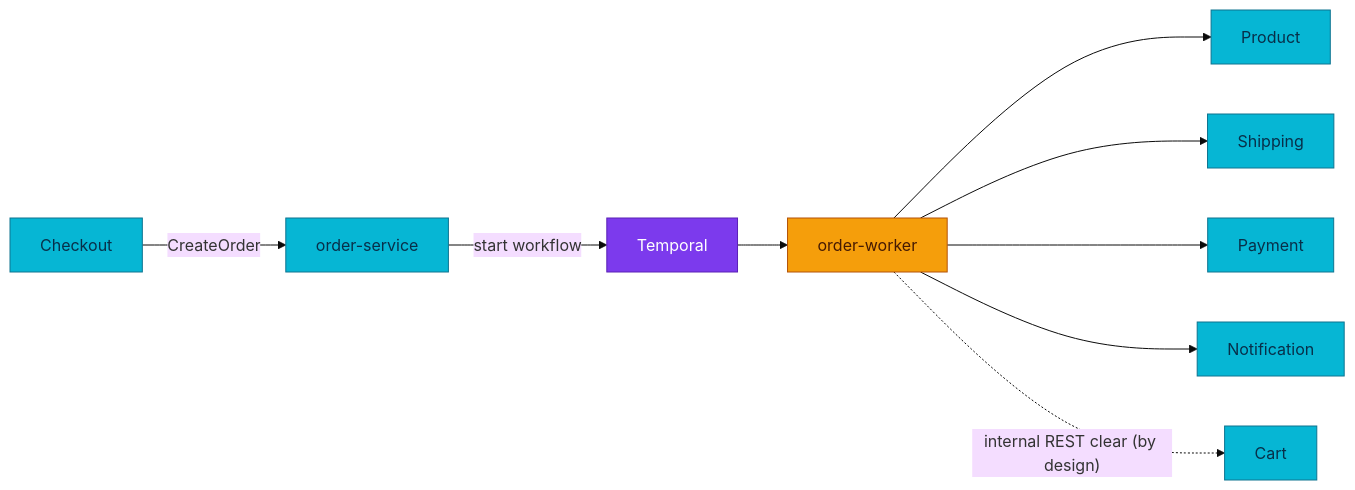
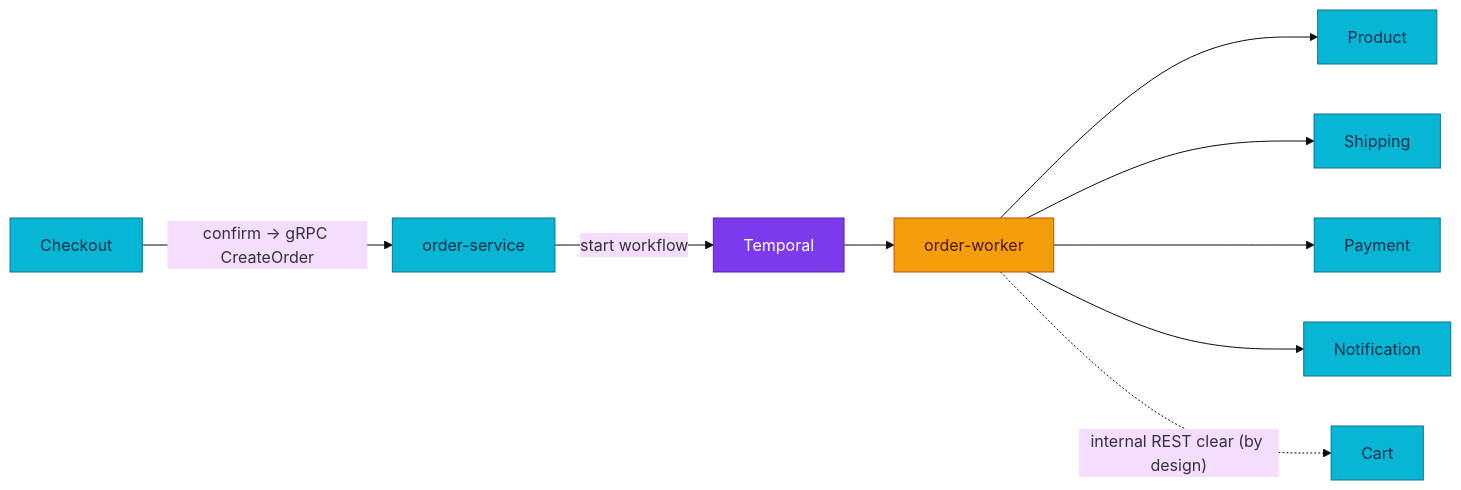
The first of 14 diagrams in docs/api/temporal-order-fulfillment.md (duynhlab/homelab), drawn with Mermaid (base theme) before and after one commit. The commit also changed other lines of this file and 26 other files, not shown here.

````diff
--- a/docs/api/temporal-order-fulfillment.md
+++ b/docs/api/temporal-order-fulfillment.md
@@ -33,18 +33,18 @@
 ```mermaid
 flowchart LR
-    Checkout -->|"CreateOrder"| Order["order-service"]
+    Checkout -->|"confirm → gRPC CreateOrder"| Order["order-service"]
     Order -->|"start workflow"| Temporal
     Temporal --> Worker["order-worker"]
     Worker --> Product
     Worker --> Shipping
     Worker --> Payment
     Worker --> Notification
     Worker -.->|"internal REST clear (by design)"| Cart
 
     classDef service fill:#06b6d4,color:#082f49,stroke:#0e7490;
     classDef worker fill:#f59e0b,color:#451a03,stroke:#b45309;
     classDef platform fill:#7c3aed,color:#fff,stroke:#5b21b6;
     class Checkout,Order,Product,Shipping,Payment,Notification,Cart service;
     class Worker worker;
     class Temporal platform;
 ```
````
